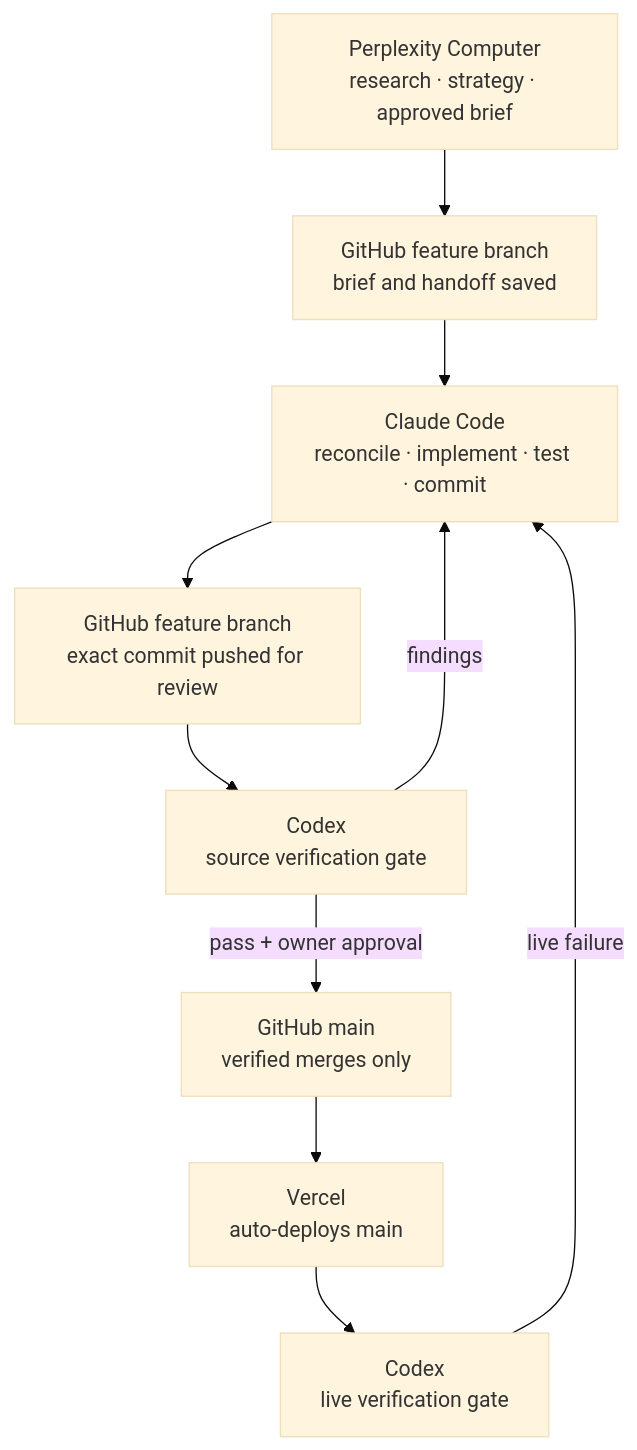
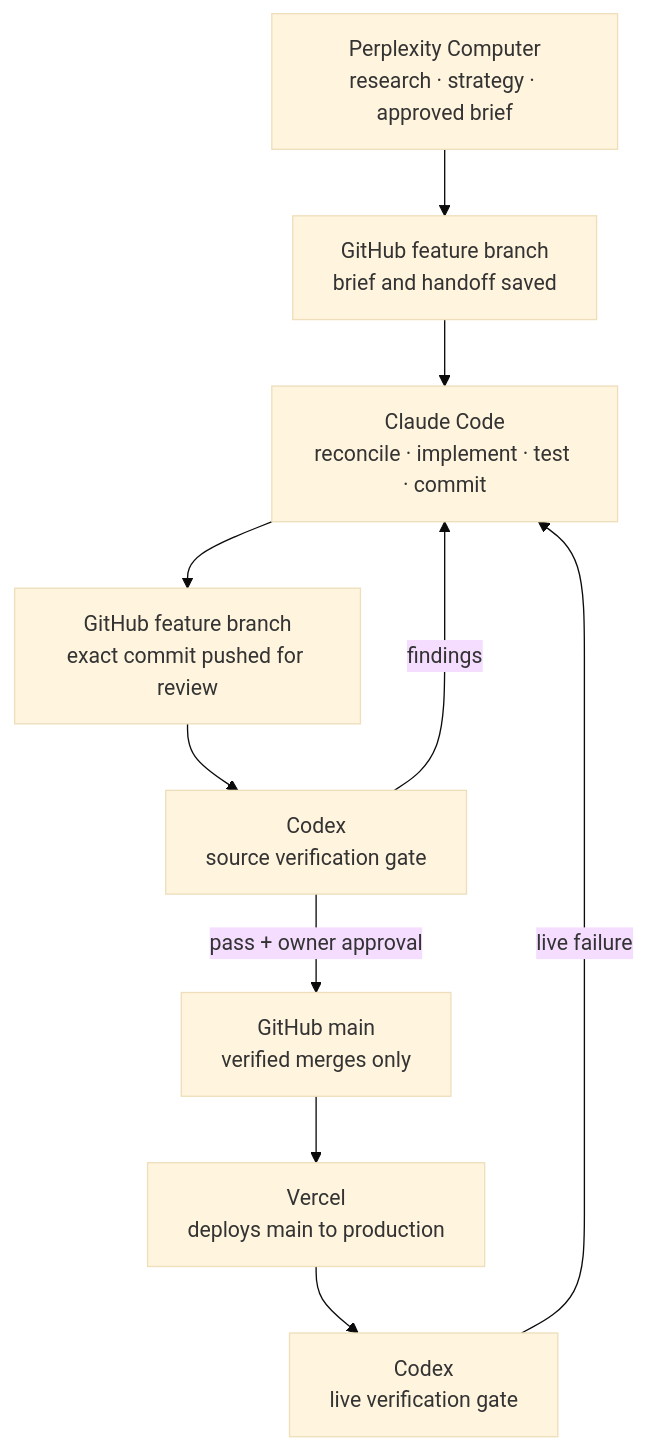
One commit to roselaguana/agentic-handshake changed the diagram in README.md. Above: the diagram before and after it, drawn with Mermaid (base theme). The commit also changed other lines of this file and 2 other files, not shown here.

Commit message:
Fix Codex FAIL blockers: non-circular candidate snapshot, preview vs production
- HANDOFF.template.md: candidate section is now unambiguously
  pre-verification (no SHA field, no PASS/FAILED values; the PR head
  owns the candidate SHA); completed results move to a separate
  historical release record populated only by a later, separately
  verified documentation change referencing the PR's external records.
- README.md: Vercel lane corrected; production deploys from approved
  main while feature branches and PRs may get automatic nonproduction
  previews that are neither approval nor shipment; Mermaid Vercel node
  labeled 'deploys main to production.'
- AGENTS.template.md: deployment rules distinguish preview from
  production and keep operating docs excluded from previews too.

````diff
--- a/README.md
+++ b/README.md
@@ -27,12 +27,12 @@
 ```mermaid
 flowchart TD
     A[Perplexity Computer<br/>research · strategy · approved brief] --> B[GitHub feature branch<br/>brief and handoff saved]
     B --> C[Claude Code<br/>reconcile · implement · test · commit]
     C --> D[GitHub feature branch<br/>exact commit pushed for review]
     D --> E[Codex<br/>source verification gate]
     E -->|findings| C
     E -->|pass + owner approval| F[GitHub main<br/>verified merges only]
-    F --> G[Vercel<br/>auto-deploys main]
+    F --> G[Vercel<br/>deploys main to production]
     G --> H[Codex<br/>live verification gate]
     H -->|live failure| C
 ```
````
